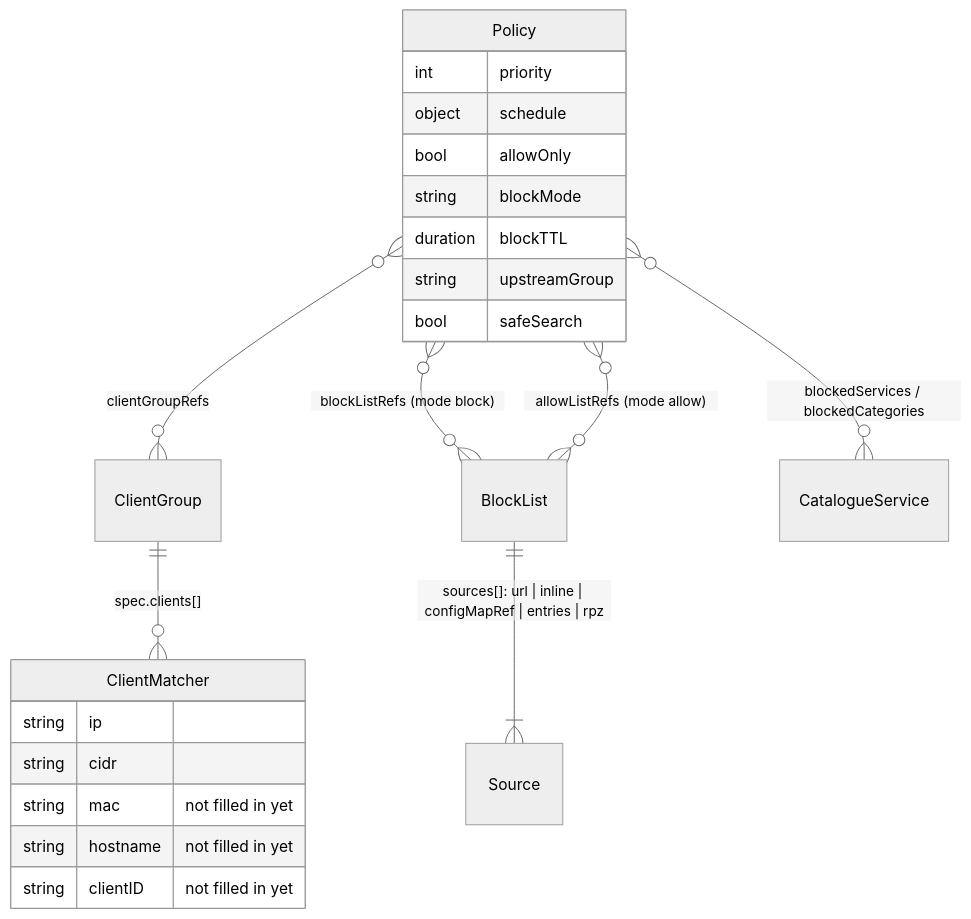
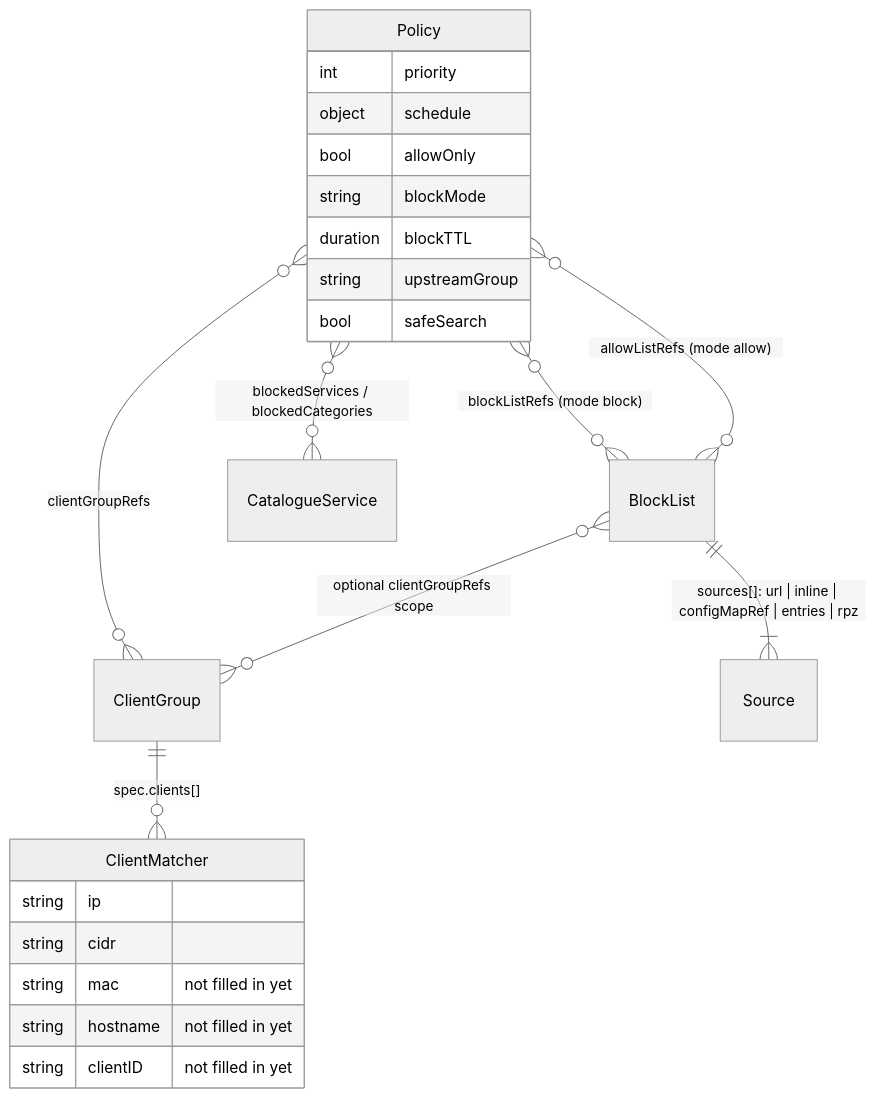
One commit to robertherbaugh/kudurru changed the first of 6 diagrams in docs/architecture/policies-and-blocking.md. Above: the diagram before and after it, drawn with Mermaid (neutral theme). The commit also changed other lines of this file and 12 other files, not shown here.

Commit message:
fix(blocking): enforce captured client group list scope

````diff
--- a/docs/architecture/policies-and-blocking.md
+++ b/docs/architecture/policies-and-blocking.md
@@ -7,25 +7,26 @@
 ```mermaid
 erDiagram
     ClientGroup ||--o{ ClientMatcher : "spec.clients[]"
     Policy }o--o{ ClientGroup : "clientGroupRefs"
     Policy }o--o{ BlockList : "blockListRefs (mode block)"
     Policy }o--o{ BlockList : "allowListRefs (mode allow)"
+    BlockList }o--o{ ClientGroup : "optional clientGroupRefs scope"
     Policy }o--o{ CatalogueService : "blockedServices / blockedCategories"
     BlockList ||--|{ Source : "sources[]: url | inline | configMapRef | entries | rpz"
     ClientMatcher {
         string ip
         string cidr
         string mac "not filled in yet"
         string hostname "not filled in yet"
         string clientID "not filled in yet"
     }
     Policy {
         int priority
         object schedule
         bool allowOnly
         string blockMode
         duration blockTTL
         string upstreamGroup
         bool safeSearch
     }
 ```
````
